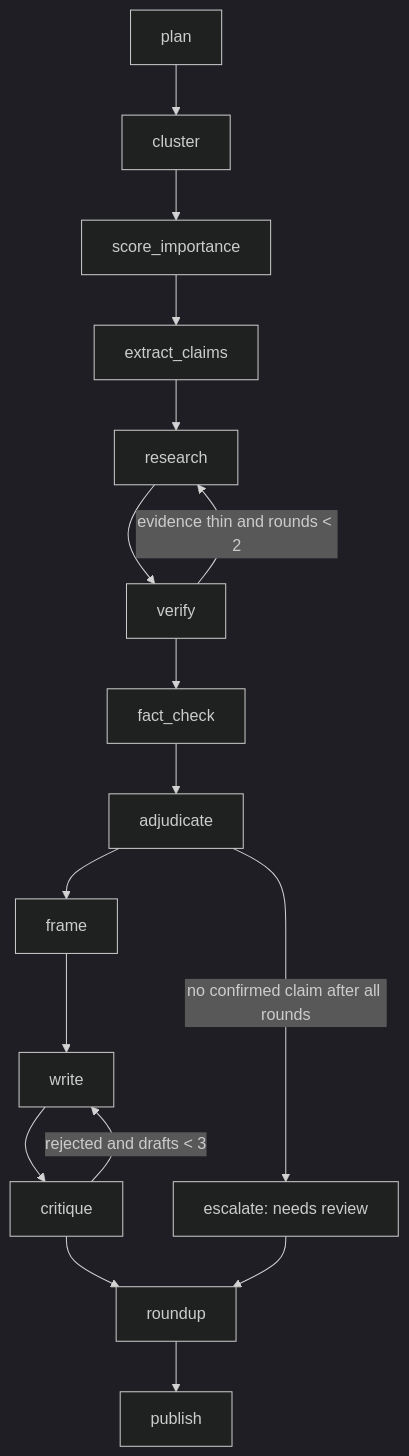
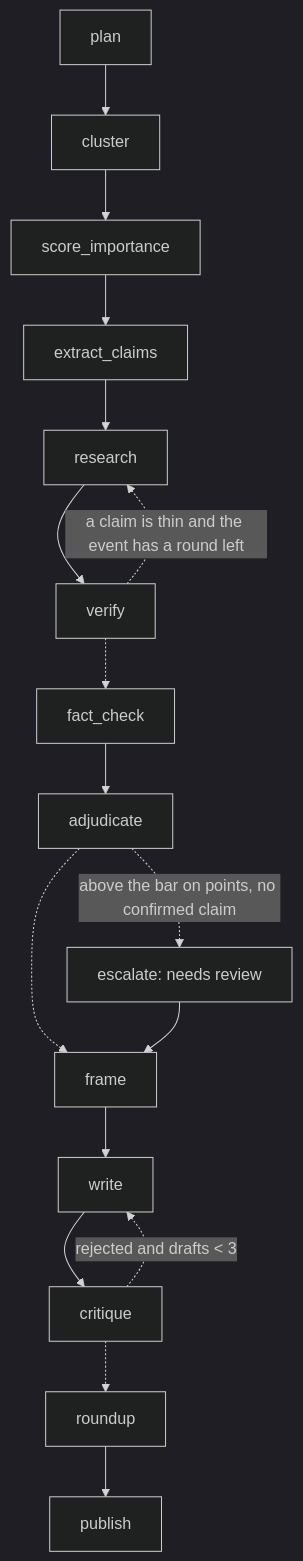
One commit to rcc00n/Quorum changed the second of 2 diagrams in docs/ARCHITECTURE.md. Above: the diagram before and after it, drawn with Mermaid (dark theme). The commit also changed other lines of this file and 50 other files, not shown here.

````diff
--- a/docs/ARCHITECTURE.md
+++ b/docs/ARCHITECTURE.md
@@ -72,19 +72,19 @@
 ```mermaid
 flowchart TD
   P[plan] --> C[cluster]
   C --> S[score_importance]
   S --> X[extract_claims]
   X --> R[research]
   R --> V[verify]
-  V -->|evidence thin and rounds < 2| R
-  V --> F[fact_check]
+  V -.->|a claim is thin and the event has a round left| R
+  V -.-> F[fact_check]
   F --> J[adjudicate]
-  J --> FR[frame]
+  J -.-> FR[frame]
+  J -.->|above the bar on points, no confirmed claim| E[escalate: needs review]
+  E --> FR
   FR --> W[write]
   W --> K[critique]
-  K -->|rejected and drafts < 3| W
-  K --> RU[roundup]
+  K -.->|rejected and drafts < 3| W
+  K -.-> RU[roundup]
   RU --> PUB[publish]
-  J -->|no confirmed claim after all rounds| E[escalate: needs review]
-  E --> RU
 ```
````
